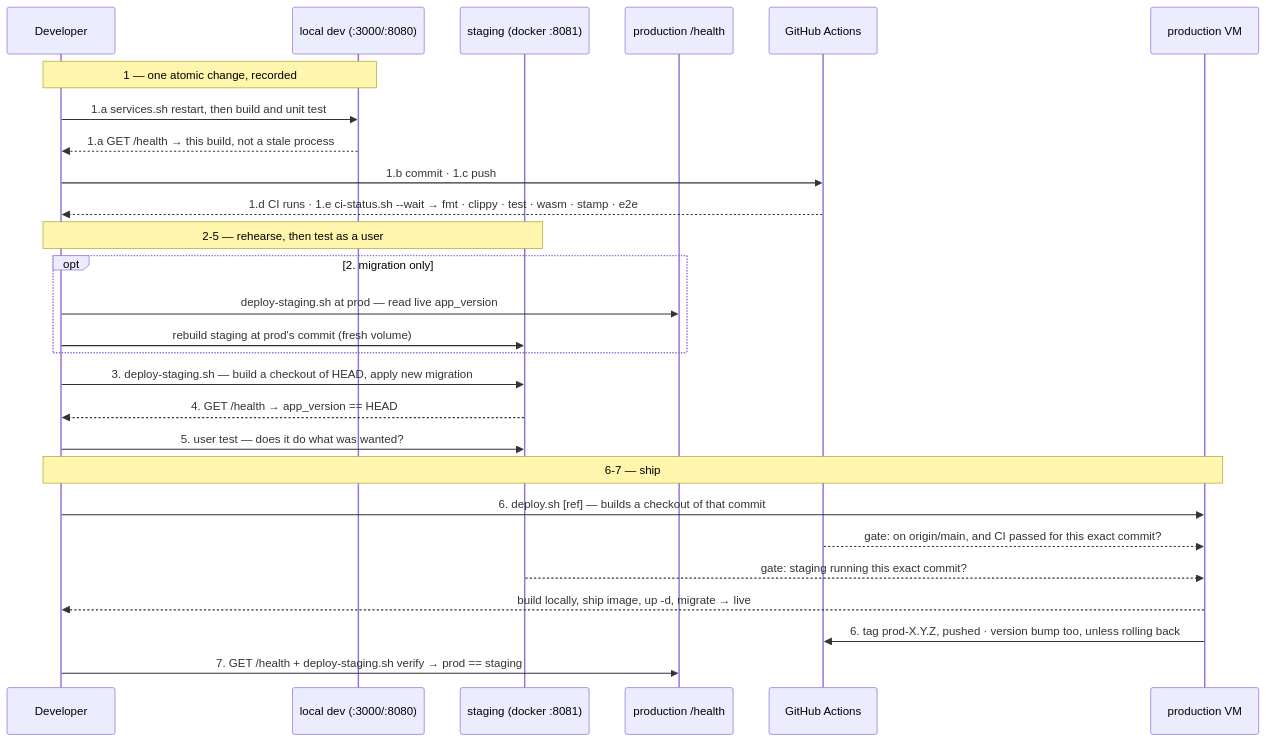
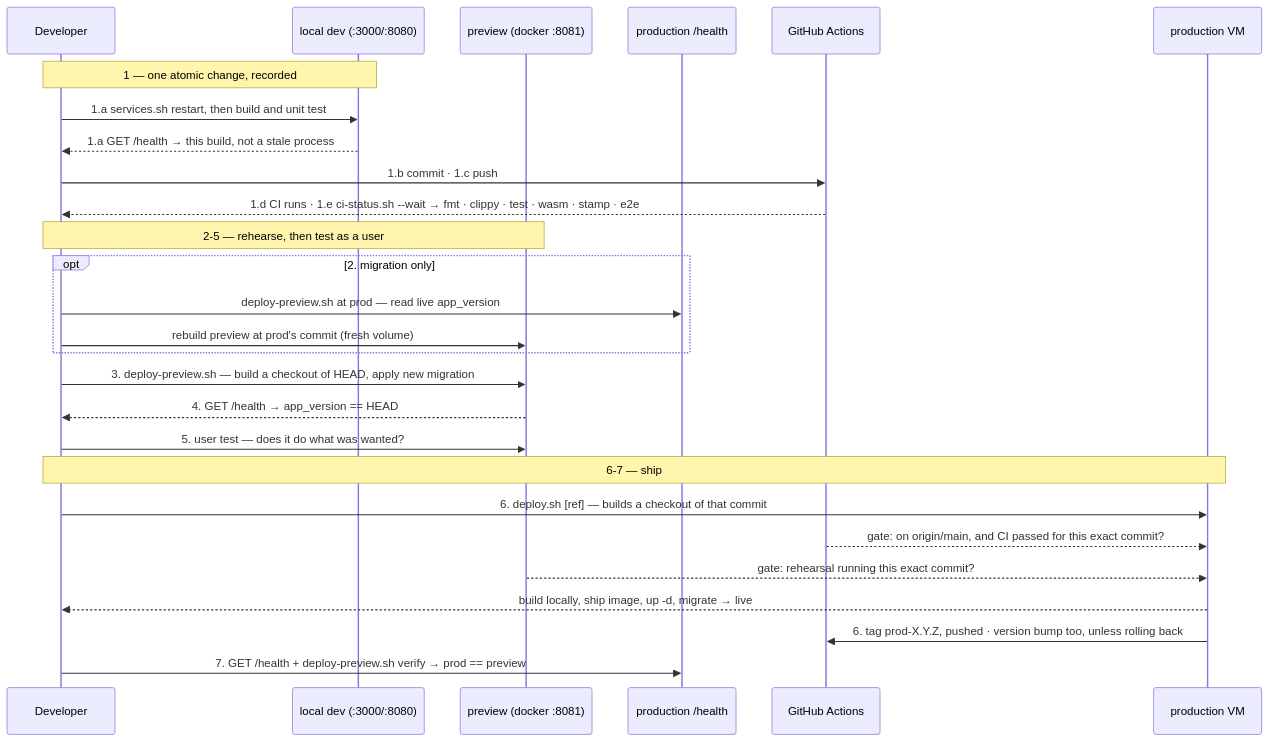
The second of 2 diagrams in docs/3.3-testing-ci-and-release.md (SteveStyle/scrabble-px), drawn with Mermaid before and after one commit. The commit also changed other lines of this file and 21 other files, not shown here.

````diff
--- a/docs/3.3-testing-ci-and-release.md
+++ b/docs/3.3-testing-ci-and-release.md
@@ -824,30 +825,30 @@
 ```mermaid
 sequenceDiagram
     participant Dev as Developer
     participant Loc as local dev (:3000/:8080)
-    participant Stg as staging (docker :8081)
+    participant Stg as preview (docker :8081)
     participant Prod as production /health
     participant GH as GitHub Actions
     participant VM as production VM
 
     Note over Dev,Loc: 1 — one atomic change, recorded
     Dev->>Loc: 1.a services.sh restart, then build and unit test
     Loc-->>Dev: 1.a GET /health → this build, not a stale process
     Dev->>GH: 1.b commit · 1.c push
     GH-->>Dev: 1.d CI runs · 1.e ci-status.sh --wait → fmt · clippy · test · wasm · stamp · e2e
     Note over Dev,Stg: 2-5 — rehearse, then test as a user
     opt 2. migration only
-        Dev->>Prod: deploy-staging.sh at prod — read live app_version
-        Dev->>Stg: rebuild staging at prod's commit (fresh volume)
+        Dev->>Prod: deploy-preview.sh at prod — read live app_version
+        Dev->>Stg: rebuild preview at prod's commit (fresh volume)
     end
-    Dev->>Stg: 3. deploy-staging.sh — build a checkout of HEAD, apply new migration
+    Dev->>Stg: 3. deploy-preview.sh — build a checkout of HEAD, apply new migration
     Stg-->>Dev: 4. GET /health → app_version == HEAD
     Dev->>Stg: 5. user test — does it do what was wanted?
     Note over Dev,VM: 6-7 — ship
     Dev->>VM: 6. deploy.sh [ref] — builds a checkout of that commit
     GH-->>VM: gate: on origin/main, and CI passed for this exact commit?
-    Stg-->>VM: gate: staging running this exact commit?
+    Stg-->>VM: gate: rehearsal running this exact commit?
     VM-->>Dev: build locally, ship image, up -d, migrate → live
     VM->>GH: 6. tag prod-X.Y.Z, pushed · version bump too, unless rolling back
-    Dev->>Prod: 7. GET /health + deploy-staging.sh verify → prod == staging
+    Dev->>Prod: 7. GET /health + deploy-preview.sh verify → prod == preview
 ```
````
